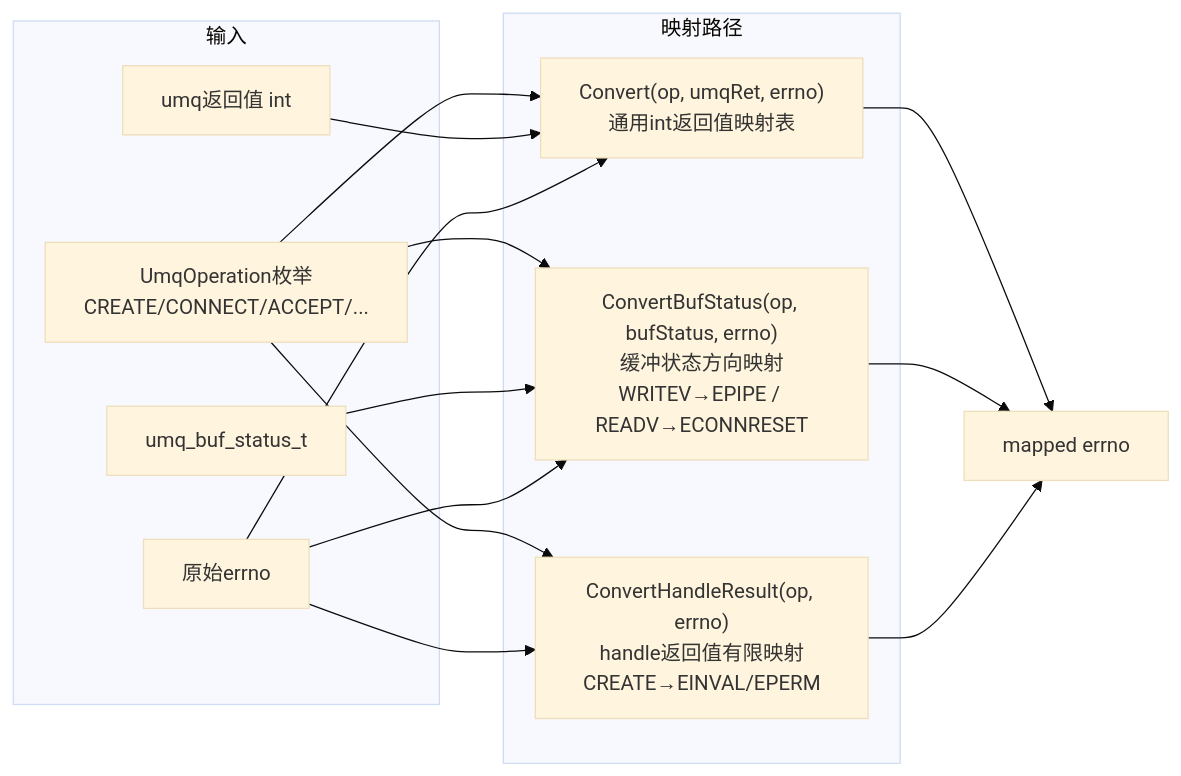
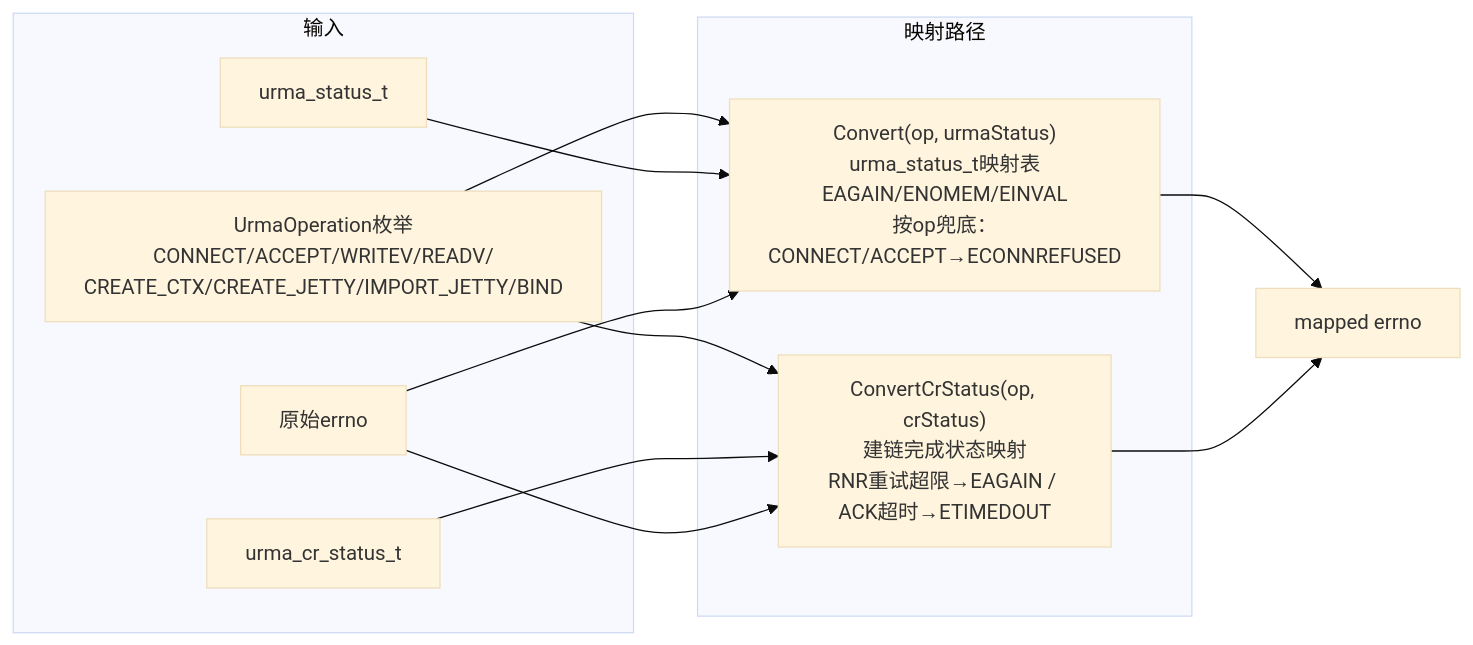
Before and after one commit to openeuler-mirror/ubs-comm: diagram 17 of 17 in doc/ubsocket/UBSOCKET-ARCHITECTURE.ch.md, drawn with Mermaid (base theme). The commit also changed other lines of this file and 13 other files, not shown here.

````diff
--- a/doc/ubsocket/UBSOCKET-ARCHITECTURE.ch.md
+++ b/doc/ubsocket/UBSOCKET-ARCHITECTURE.ch.md
@@ -727,28 +617,24 @@
 ```mermaid
 flowchart LR
     subgraph INPUT["输入"]
-        OP["UmqOperation枚举<br/>CREATE/CONNECT/ACCEPT/..."]
-        RET["umq返回值 int"]
-        STATUS["umq_buf_status_t"]
+        OP["UrmaOperation枚举<br/>CONNECT/ACCEPT/WRITEV/READV/<br/>CREATE_CTX/CREATE_JETTY/IMPORT_JETTY/BIND"]
+        STATUS["urma_status_t"]
+        CR_STATUS["urma_cr_status_t"]
         ERRNO["原始errno"]
     end
 
     subgraph MAP["映射路径"]
-        CONV["Convert(op, umqRet, errno)<br/>通用int返回值映射表"]
-        BUF["ConvertBufStatus(op, bufStatus, errno)<br/>缓冲状态方向映射<br/>WRITEV→EPIPE / READV→ECONNRESET"]
-        HDL["ConvertHandleResult(op, errno)<br/>handle返回值有限映射<br/>CREATE→EINVAL/EPERM"]
+        CONV["Convert(op, urmaStatus)<br/>urma_status_t映射表<br/>EAGAIN/ENOMEM/EINVAL<br/>按op兜底：CONNECT/ACCEPT→ECONNREFUSED"]
+        CR["ConvertCrStatus(op, crStatus)<br/>建链完成状态映射<br/>RNR重试超限→EAGAIN / ACK超时→ETIMEDOUT"]
     end
 
     OP --> CONV
-    RET --> CONV
+    STATUS --> CONV
     ERRNO --> CONV
-    OP --> BUF
-    STATUS --> BUF
-    ERRNO --> BUF
-    OP --> HDL
-    ERRNO --> HDL
+    OP --> CR
+    CR_STATUS --> CR
+    ERRNO --> CR
 
     CONV --> OUTPUT[mapped errno]
-    BUF --> OUTPUT
-    HDL --> OUTPUT
+    CR --> OUTPUT
 ```
````
